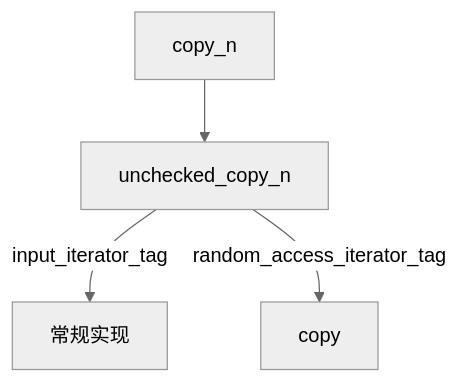
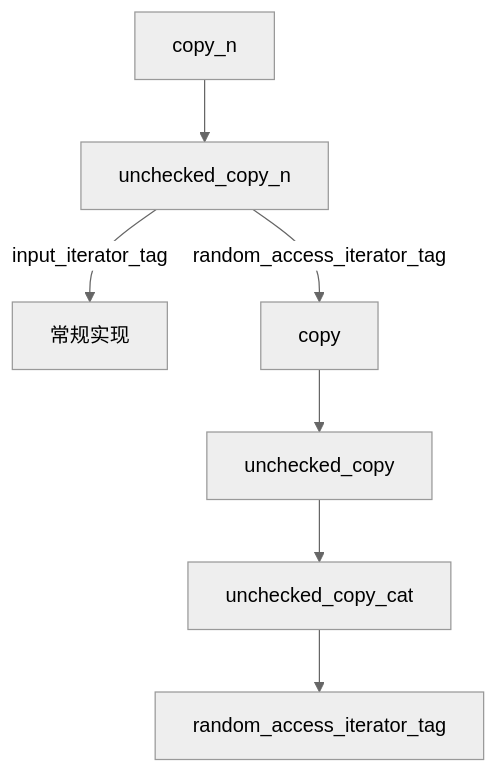
The sixth of 10 diagrams in README.md (LiuYuan-SHU/tiny_stl), drawn with Mermaid (neutral theme) before and after one commit.

Commit message:
README.md: update for  mermaid graph

````diff
--- a/README.md
+++ b/README.md
@@ -151,5 +151,6 @@
 ```mermaid
 flowchart TD;
 copy_n --> unchecked_copy_n --input_iterator_tag--> 常规实现
 unchecked_copy_n --random_access_iterator_tag--> copy
+copy --> unchecked_copy -->unchecked_copy_cat --> random_access_iterator_tag
 ```
````
